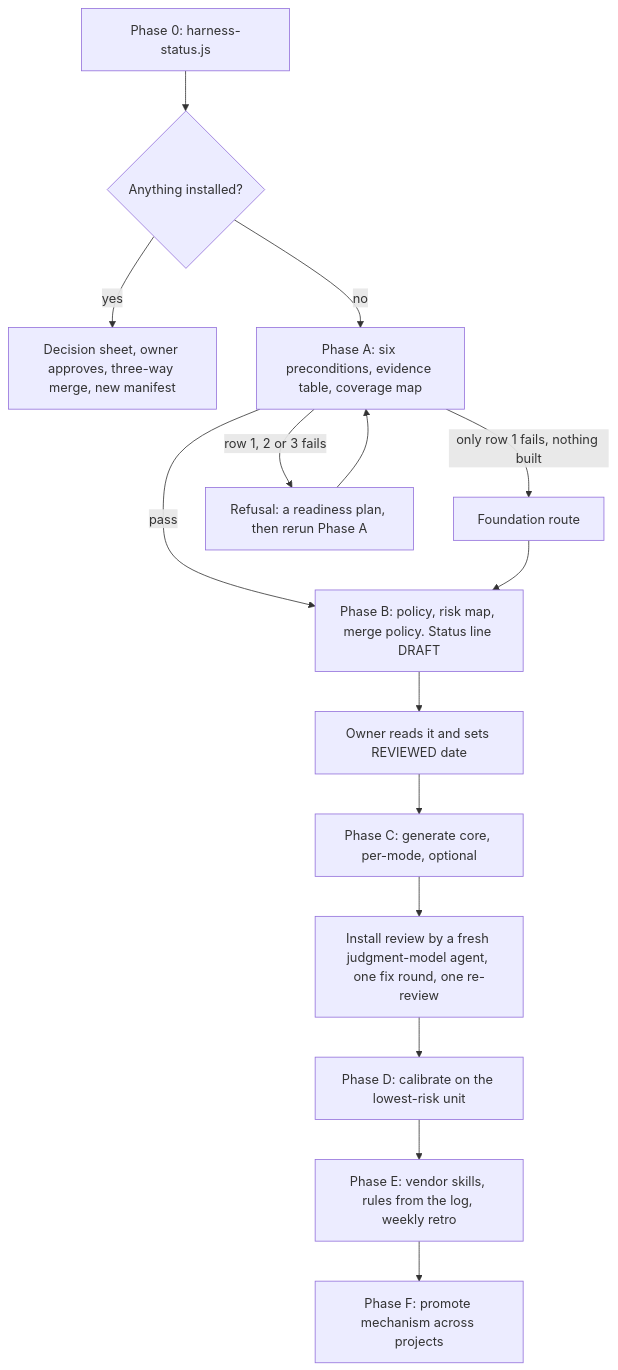
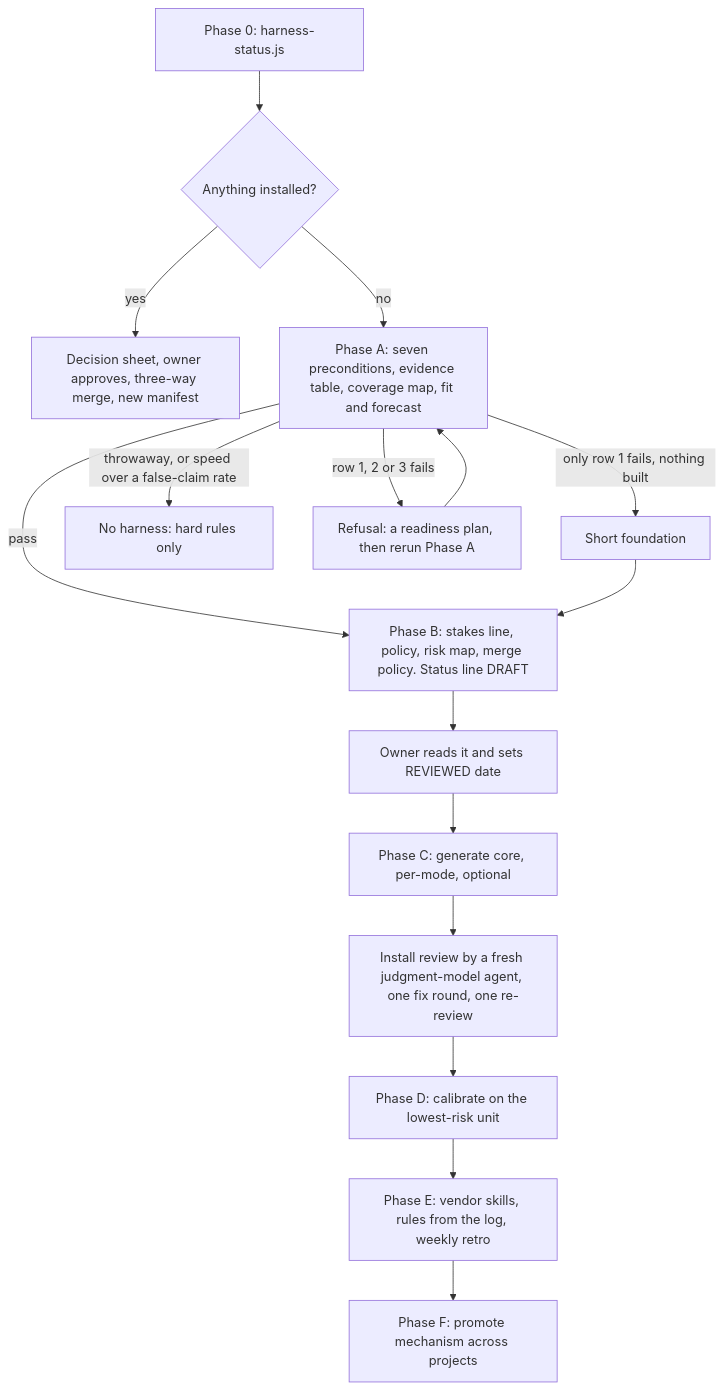
The third of 5 diagrams in docs/HARNESS.md (biji-dev/ecc-js), drawn with Mermaid before and after one commit. The commit also changed other lines of this file, not shown here.

First line of the commit message:
docs(harness): HARNESS.md describes v9

````diff
--- a/docs/HARNESS.md
+++ b/docs/HARNESS.md
@@ -272,17 +274,18 @@
 ```mermaid
 flowchart TD
   P0["Phase 0: harness-status.js"] --> Q{"Anything installed?"}
   Q -- "yes" --> SH["Decision sheet, owner approves, three-way merge, new manifest"]
-  Q -- "no" --> A["Phase A: six preconditions, evidence table, coverage map"]
-  A -- "pass" --> B["Phase B: policy, risk map, merge policy. Status line DRAFT"]
-  A -- "only row 1 fails, nothing built" --> F["Foundation route"]
+  Q -- "no" --> A["Phase A: seven preconditions, evidence table, coverage map, fit and forecast"]
+  A -- "pass" --> B["Phase B: stakes line, policy, risk map, merge policy. Status line DRAFT"]
+  A -- "only row 1 fails, nothing built" --> F["Short foundation"]
+  A -- "throwaway, or speed over a false-claim rate" --> N["No harness: hard rules only"]
   F --> B
   A -- "row 1, 2 or 3 fails" --> R["Refusal: a readiness plan, then rerun Phase A"]
   R --> A
   B --> O["Owner reads it and sets REVIEWED date"]
   O --> C["Phase C: generate core, per-mode, optional"]
   C --> IR["Install review by a fresh judgment-model agent, one fix round, one re-review"]
   IR --> D["Phase D: calibrate on the lowest-risk unit"]
   D --> E["Phase E: vendor skills, rules from the log, weekly retro"]
   E --> PF["Phase F: promote mechanism across projects"]
 ```
````
